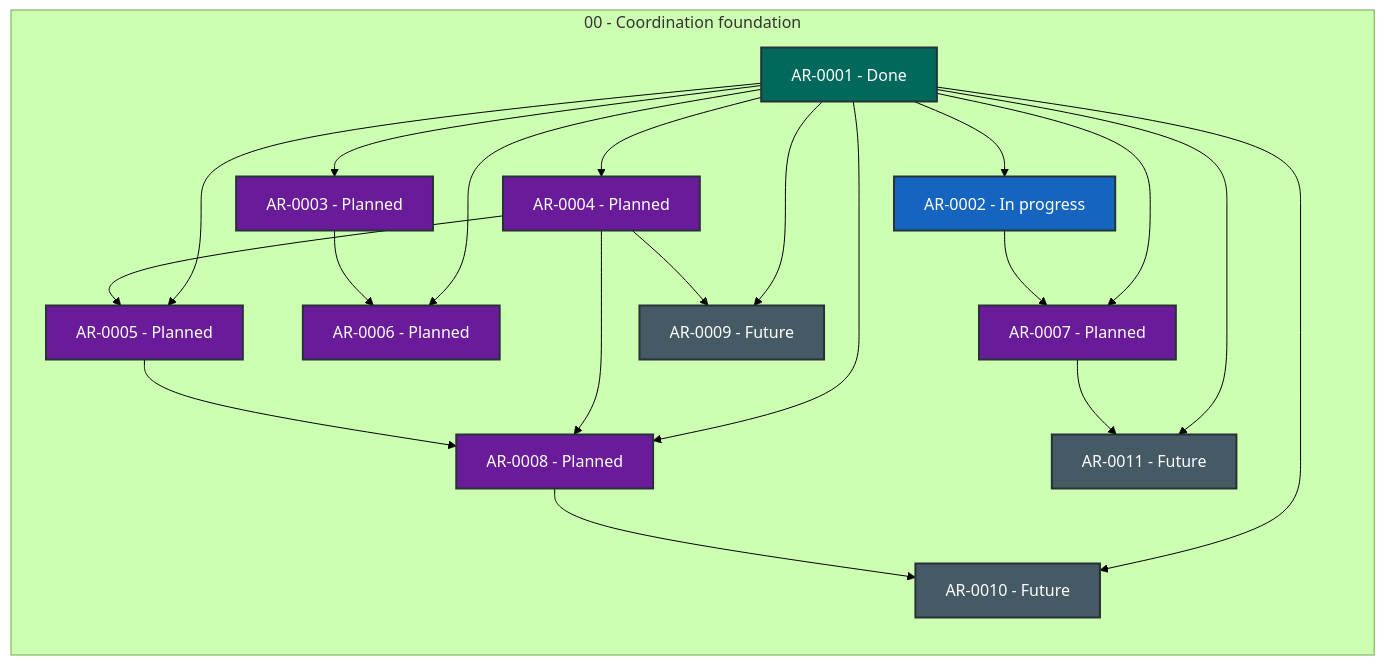
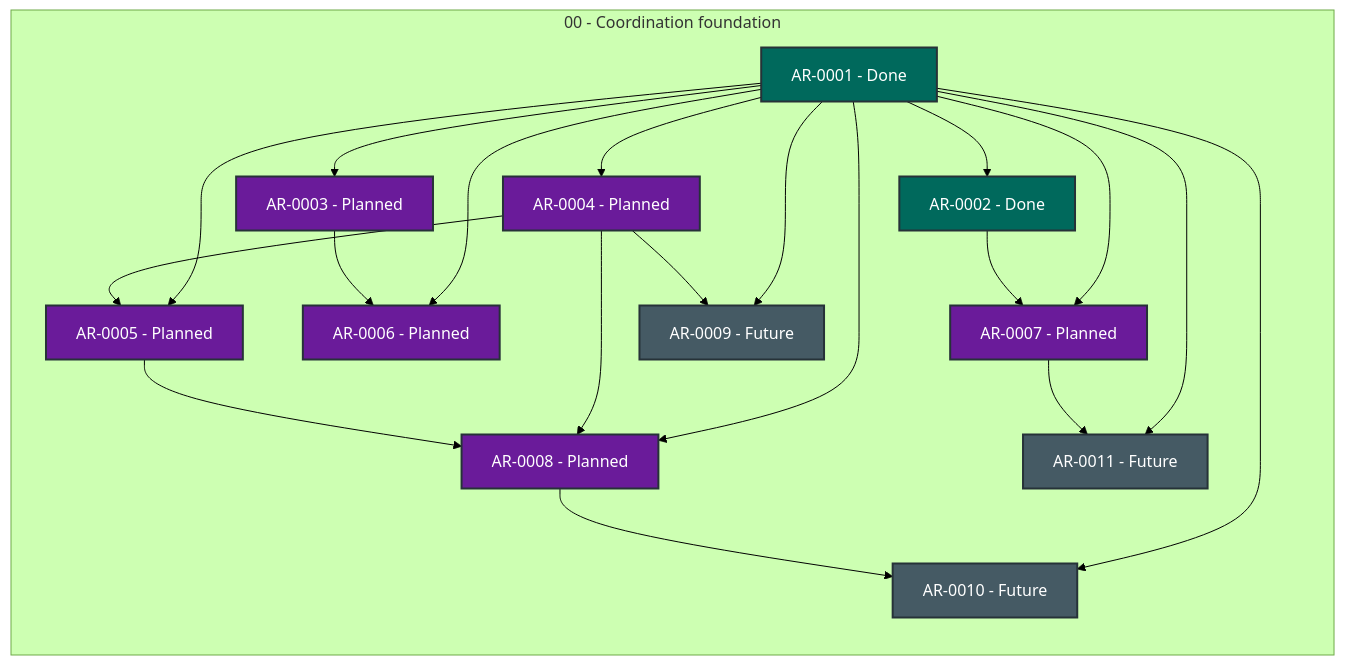
Before and after one commit to martin-beck/agent-workflow-quality-state: the diagram in STATUS.md, drawn with Mermaid (forest theme). The commit also changed other lines of this file and 2 other files, not shown here.

````diff
--- a/STATUS.md
+++ b/STATUS.md
@@ -27,43 +27,43 @@
 ```mermaid
 flowchart LR
     subgraph series_00["00 - Coordination foundation"]
         direction TB
         AR_0001["AR-0001 - Done"]:::status_done
-        AR_0002["AR-0002 - In progress"]:::status_in_progress
+        AR_0002["AR-0002 - Done"]:::status_done
         AR_0003["AR-0003 - Planned"]:::status_planned
         AR_0004["AR-0004 - Planned"]:::status_planned
         AR_0005["AR-0005 - Planned"]:::status_planned
         AR_0006["AR-0006 - Planned"]:::status_planned
         AR_0007["AR-0007 - Planned"]:::status_planned
         AR_0008["AR-0008 - Planned"]:::status_planned
         AR_0009["AR-0009 - Future"]:::status_future
         AR_0010["AR-0010 - Future"]:::status_future
         AR_0011["AR-0011 - Future"]:::status_future
     end
     AR_0001 --> AR_0002
     AR_0001 --> AR_0003
     AR_0001 --> AR_0004
     AR_0001 --> AR_0005
     AR_0001 --> AR_0006
     AR_0001 --> AR_0007
     AR_0001 --> AR_0008
     AR_0001 --> AR_0009
     AR_0001 --> AR_0010
     AR_0001 --> AR_0011
     AR_0002 --> AR_0007
     AR_0003 --> AR_0006
     AR_0004 --> AR_0005
     AR_0004 --> AR_0008
     AR_0004 --> AR_0009
     AR_0005 --> AR_0008
     AR_0007 --> AR_0011
     AR_0008 --> AR_0010
     classDef status_in_progress fill:#1565c0,color:#ffffff,stroke:#263238,stroke-width:2px
     classDef status_open fill:#2e7d32,color:#ffffff,stroke:#263238,stroke-width:2px
     classDef status_blocked fill:#c62828,color:#ffffff,stroke:#263238,stroke-width:2px
     classDef status_planned fill:#6a1b9a,color:#ffffff,stroke:#263238,stroke-width:2px
     classDef status_future fill:#455a64,color:#ffffff,stroke:#263238,stroke-width:2px
     classDef status_done fill:#00695c,color:#ffffff,stroke:#263238,stroke-width:2px
     classDef status_cancelled fill:#616161,color:#ffffff,stroke:#263238,stroke-width:2px
     classDef status_superseded fill:#5d4037,color:#ffffff,stroke:#263238,stroke-width:2px
 ```
````
